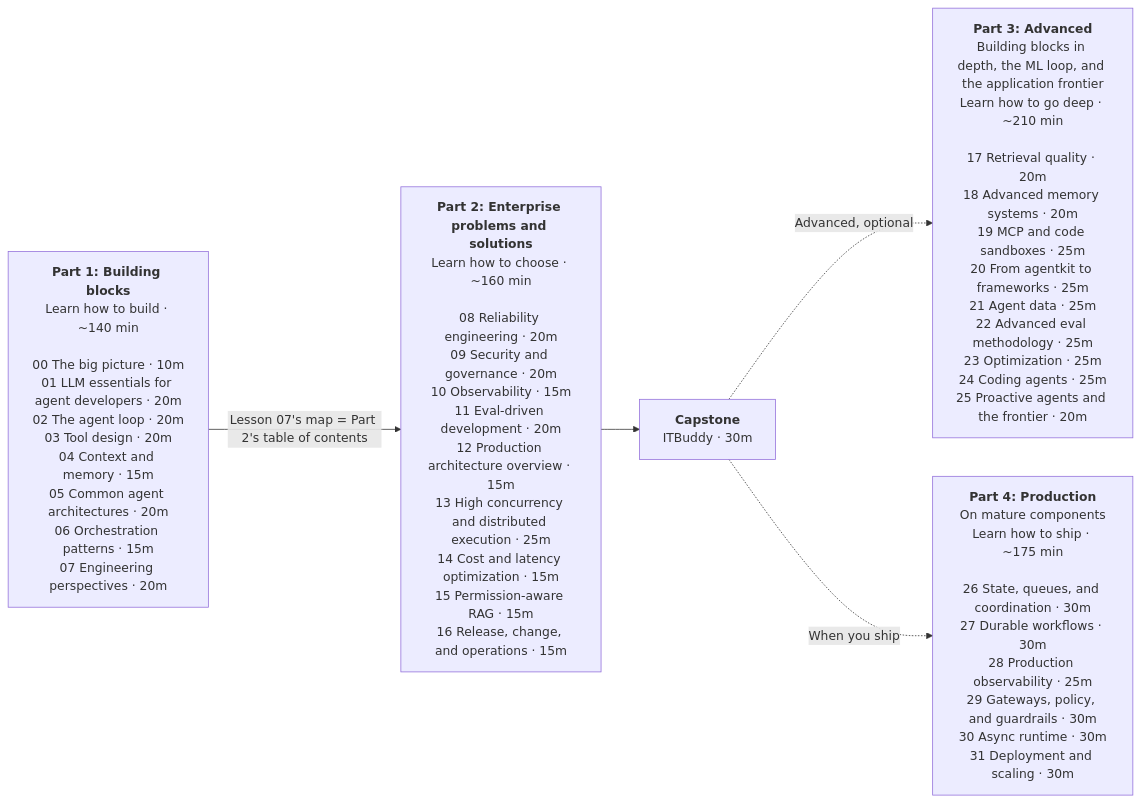
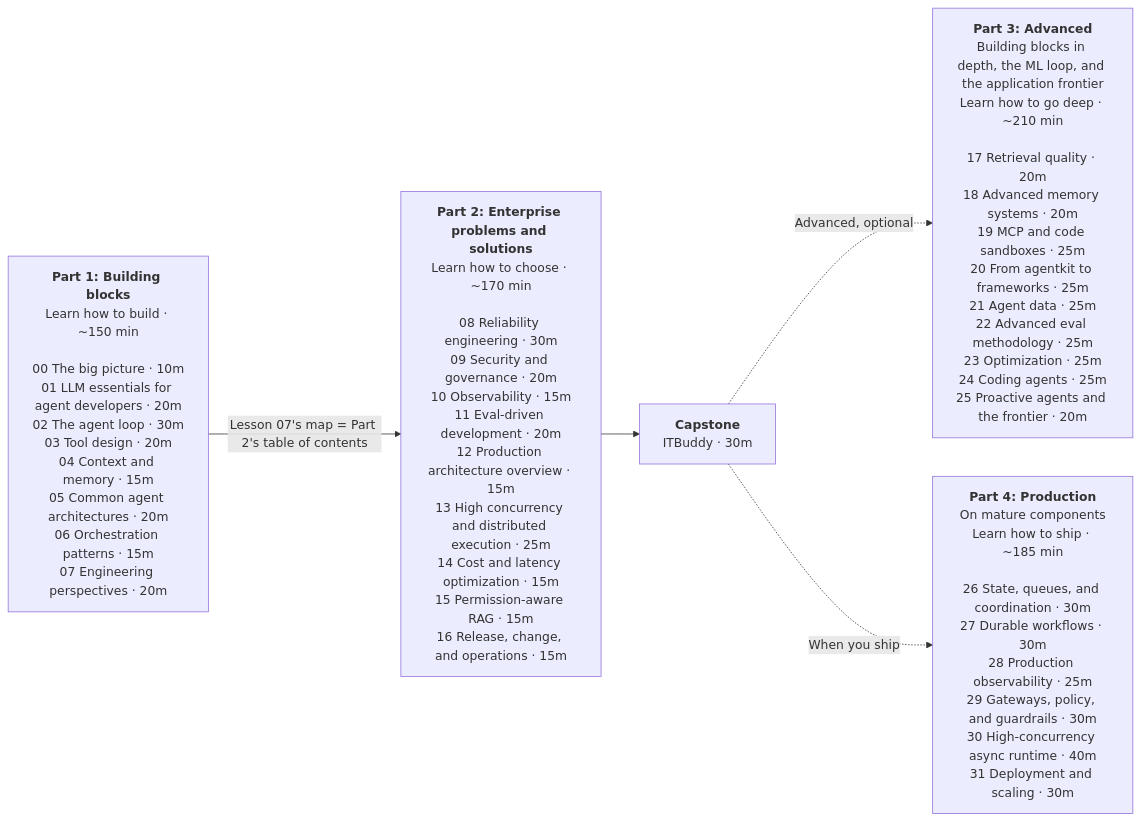
The fifth of 5 diagrams in lessons/00_overview/README.en.md (heaven999b/hello-agent-system), drawn with Mermaid before and after one commit. The commit also changed other lines of this file and 34 other files, not shown here.

First line of the commit message:
docs: production readiness rewritten around the three layers; failure modes, interview questions, review checklist, glossary and cheatsheet updated for async and multi-process; lesson 00 roadmap

````diff
--- a/lessons/00_overview/README.en.md
+++ b/lessons/00_overview/README.en.md
@@ -196,11 +196,11 @@
 ```mermaid
 flowchart LR
-    P1["<b>Part 1: Building blocks</b><br/>Learn how to build · ~140 min<br/><br/>00 The big picture · 10m<br/>01 LLM essentials for agent developers · 20m<br/>02 The agent loop · 20m<br/>03 Tool design · 20m<br/>04 Context and memory · 15m<br/>05 Common agent architectures · 20m<br/>06 Orchestration patterns · 15m<br/>07 Engineering perspectives · 20m"]
-    P2["<b>Part 2: Enterprise problems and solutions</b><br/>Learn how to choose · ~160 min<br/><br/>08 Reliability engineering · 20m<br/>09 Security and governance · 20m<br/>10 Observability · 15m<br/>11 Eval-driven development · 20m<br/>12 Production architecture overview · 15m<br/>13 High concurrency and distributed execution · 25m<br/>14 Cost and latency optimization · 15m<br/>15 Permission-aware RAG · 15m<br/>16 Release, change, and operations · 15m"]
+    P1["<b>Part 1: Building blocks</b><br/>Learn how to build · ~150 min<br/><br/>00 The big picture · 10m<br/>01 LLM essentials for agent developers · 20m<br/>02 The agent loop · 30m<br/>03 Tool design · 20m<br/>04 Context and memory · 15m<br/>05 Common agent architectures · 20m<br/>06 Orchestration patterns · 15m<br/>07 Engineering perspectives · 20m"]
+    P2["<b>Part 2: Enterprise problems and solutions</b><br/>Learn how to choose · ~170 min<br/><br/>08 Reliability engineering · 30m<br/>09 Security and governance · 20m<br/>10 Observability · 15m<br/>11 Eval-driven development · 20m<br/>12 Production architecture overview · 15m<br/>13 High concurrency and distributed execution · 25m<br/>14 Cost and latency optimization · 15m<br/>15 Permission-aware RAG · 15m<br/>16 Release, change, and operations · 15m"]
     CP["<b>Capstone</b><br/>ITBuddy · 30m"]
     P3["<b>Part 3: Advanced</b><br/>Building blocks in depth, the ML loop, and the application frontier<br/>Learn how to go deep · ~210 min<br/><br/>17 Retrieval quality · 20m<br/>18 Advanced memory systems · 20m<br/>19 MCP and code sandboxes · 25m<br/>20 From agentkit to frameworks · 25m<br/>21 Agent data · 25m<br/>22 Advanced eval methodology · 25m<br/>23 Optimization · 25m<br/>24 Coding agents · 25m<br/>25 Proactive agents and the frontier · 20m"]
     P1 -->|"Lesson 07's map = Part 2's table of contents"| P2 --> CP
-    P4["<b>Part 4: Production</b><br/>On mature components<br/>Learn how to ship · ~175 min<br/><br/>26 State, queues, and coordination · 30m<br/>27 Durable workflows · 30m<br/>28 Production observability · 25m<br/>29 Gateways, policy, and guardrails · 30m<br/>30 Async runtime · 30m<br/>31 Deployment and scaling · 30m"]
+    P4["<b>Part 4: Production</b><br/>On mature components<br/>Learn how to ship · ~185 min<br/><br/>26 State, queues, and coordination · 30m<br/>27 Durable workflows · 30m<br/>28 Production observability · 25m<br/>29 Gateways, policy, and guardrails · 30m<br/>30 High-concurrency async runtime · 40m<br/>31 Deployment and scaling · 30m"]
     CP -.->|"Advanced, optional"| P3
     CP -.->|"When you ship"| P4
 ```
````
